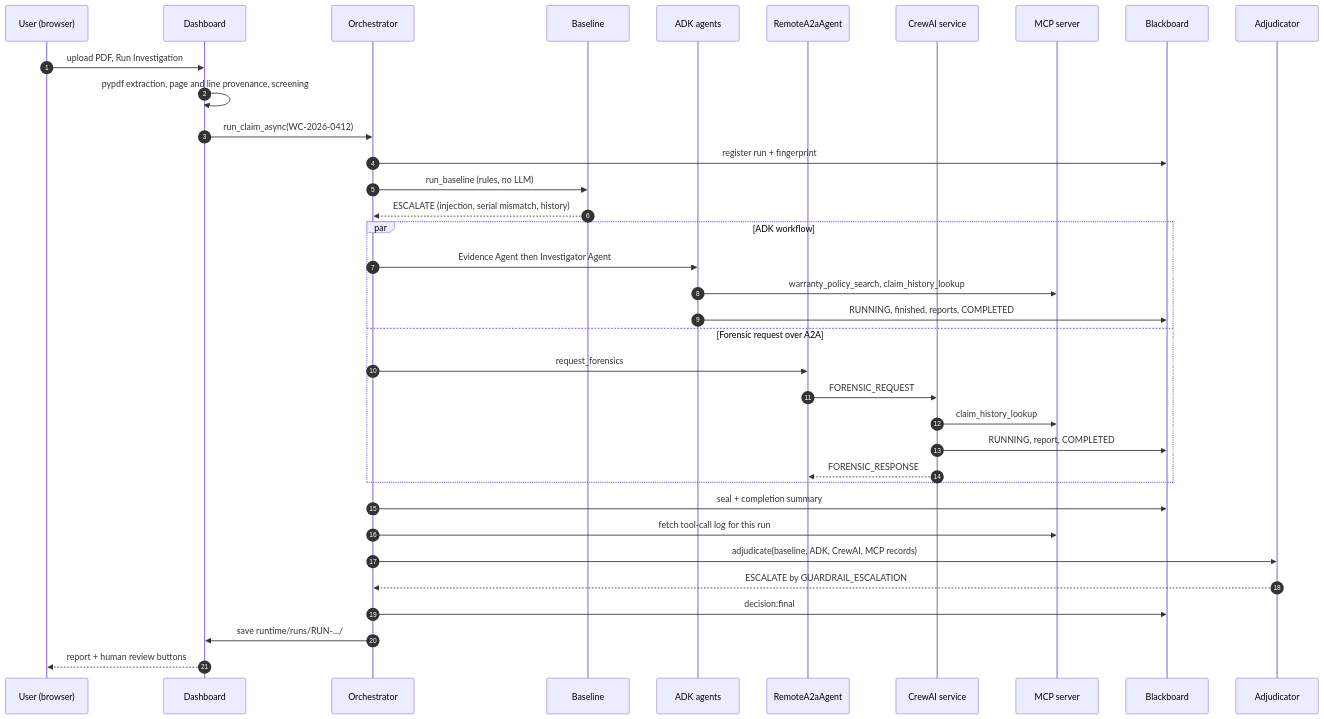
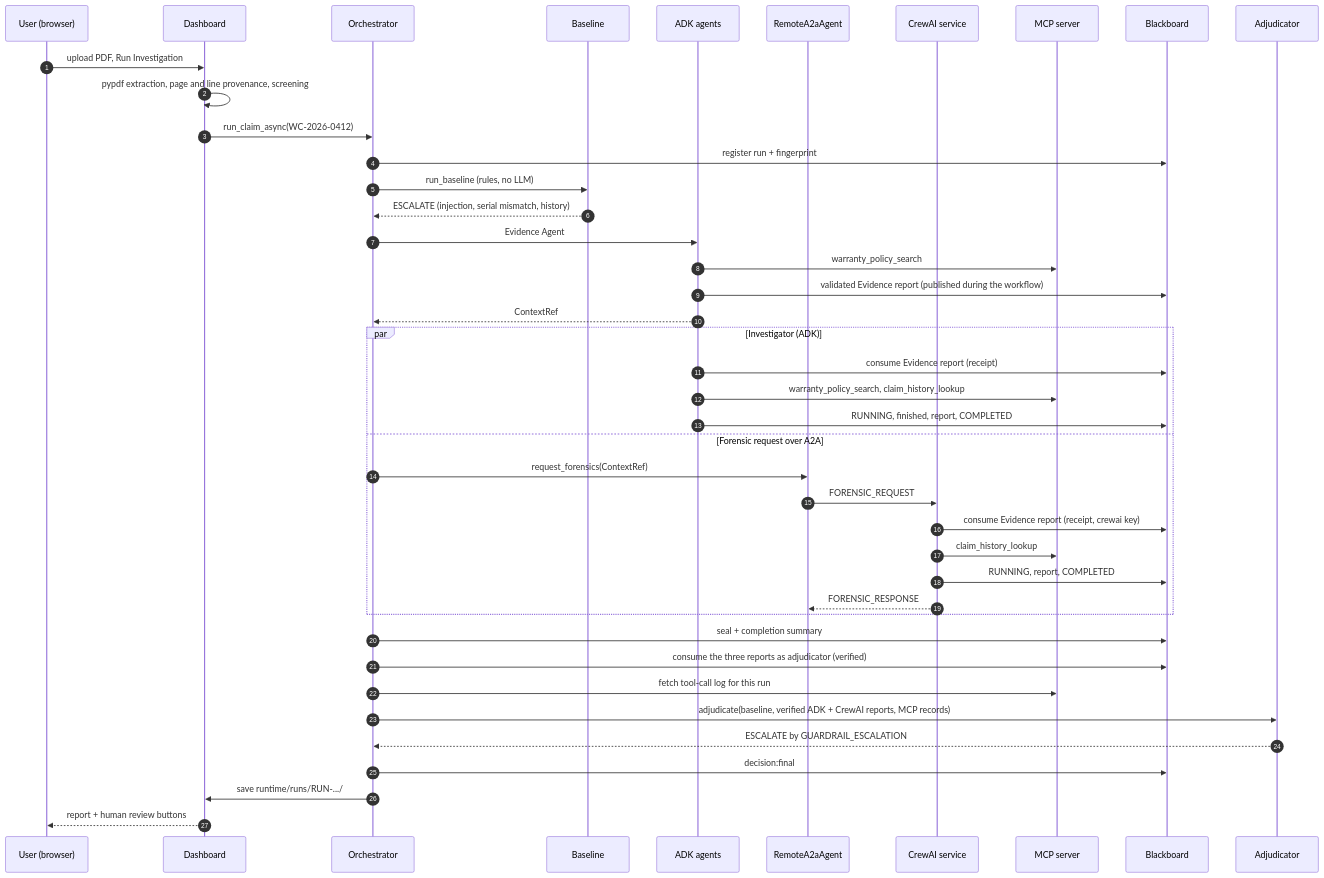
One commit to astitvasaxena/ClaimSleuth_simple changed the seventh of 8 diagrams in docs/ARCHITECTURE_GUIDE.md. Above: the diagram before and after it, drawn with Mermaid. The commit also changed other lines of this file and 117 other files, not shown here.

````diff
--- a/docs/ARCHITECTURE_GUIDE.md
+++ b/docs/ARCHITECTURE_GUIDE.md
@@ -853,38 +1157,44 @@
 ```mermaid
 sequenceDiagram
     autonumber
     participant U as User (browser)
     participant D as Dashboard
     participant O as Orchestrator
     participant BL as Baseline
     participant A as ADK agents
     participant R as RemoteA2aAgent
     participant S as CrewAI service
     participant M as MCP server
     participant BB as Blackboard
     participant J as Adjudicator
     U->>D: upload PDF, Run Investigation
     D->>D: pypdf extraction, page and line provenance, screening
     D->>O: run_claim_async(WC-2026-0412)
     O->>BB: register run + fingerprint
     O->>BL: run_baseline (rules, no LLM)
     BL-->>O: ESCALATE (injection, serial mismatch, history)
-    par ADK workflow
-        O->>A: Evidence Agent then Investigator Agent
+    O->>A: Evidence Agent
+    A->>M: warranty_policy_search
+    A->>BB: validated Evidence report (published during the workflow)
+    A-->>O: ContextRef
+    par Investigator (ADK)
+        A->>BB: consume Evidence report (receipt)
         A->>M: warranty_policy_search, claim_history_lookup
-        A->>BB: RUNNING, finished, reports, COMPLETED
+        A->>BB: RUNNING, finished, report, COMPLETED
     and Forensic request over A2A
-        O->>R: request_forensics
+        O->>R: request_forensics(ContextRef)
         R->>S: FORENSIC_REQUEST
+        S->>BB: consume Evidence report (receipt, crewai key)
         S->>M: claim_history_lookup
         S->>BB: RUNNING, report, COMPLETED
         S-->>R: FORENSIC_RESPONSE
     end
     O->>BB: seal + completion summary
+    O->>BB: consume the three reports as adjudicator (verified)
     O->>M: fetch tool-call log for this run
-    O->>J: adjudicate(baseline, ADK, CrewAI, MCP records)
+    O->>J: adjudicate(baseline, verified ADK + CrewAI reports, MCP records)
     J-->>O: ESCALATE by GUARDRAIL_ESCALATION
     O->>BB: decision:final
     O->>D: save runtime/runs/RUN-.../
     D-->>U: report + human review buttons
 ```
````
